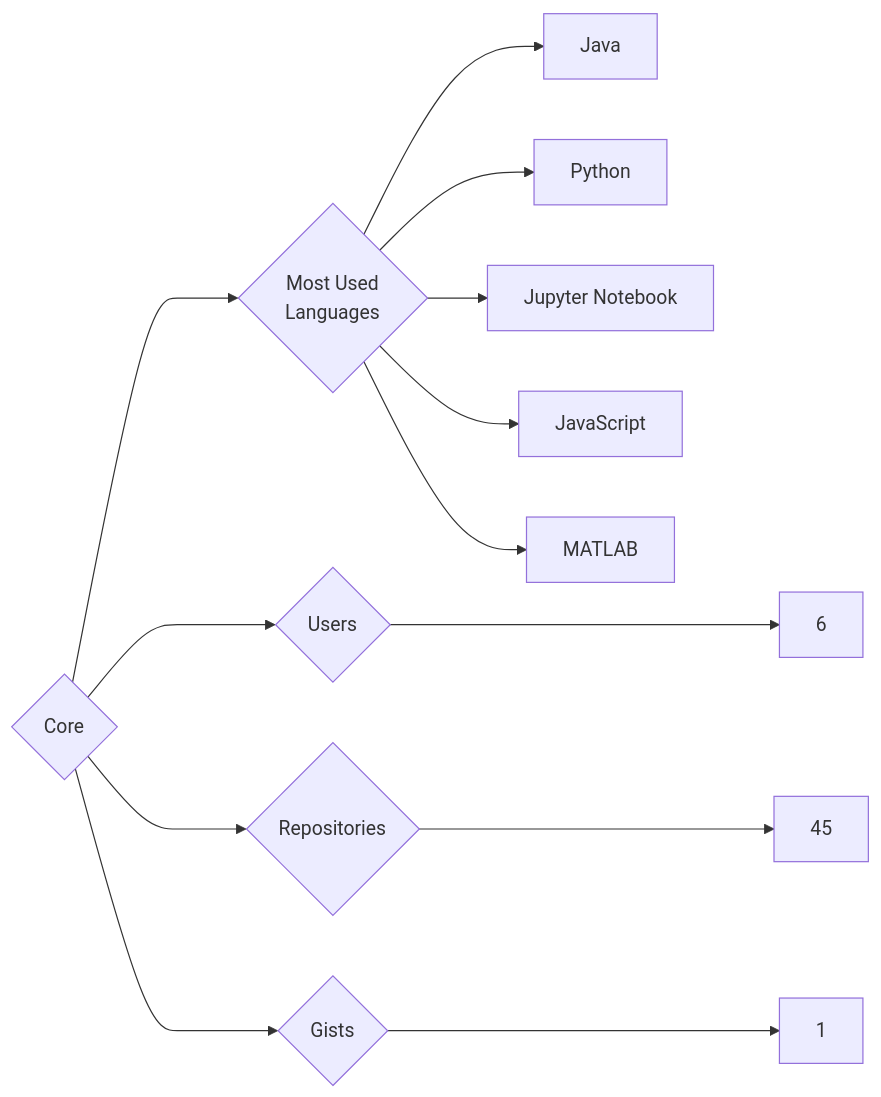
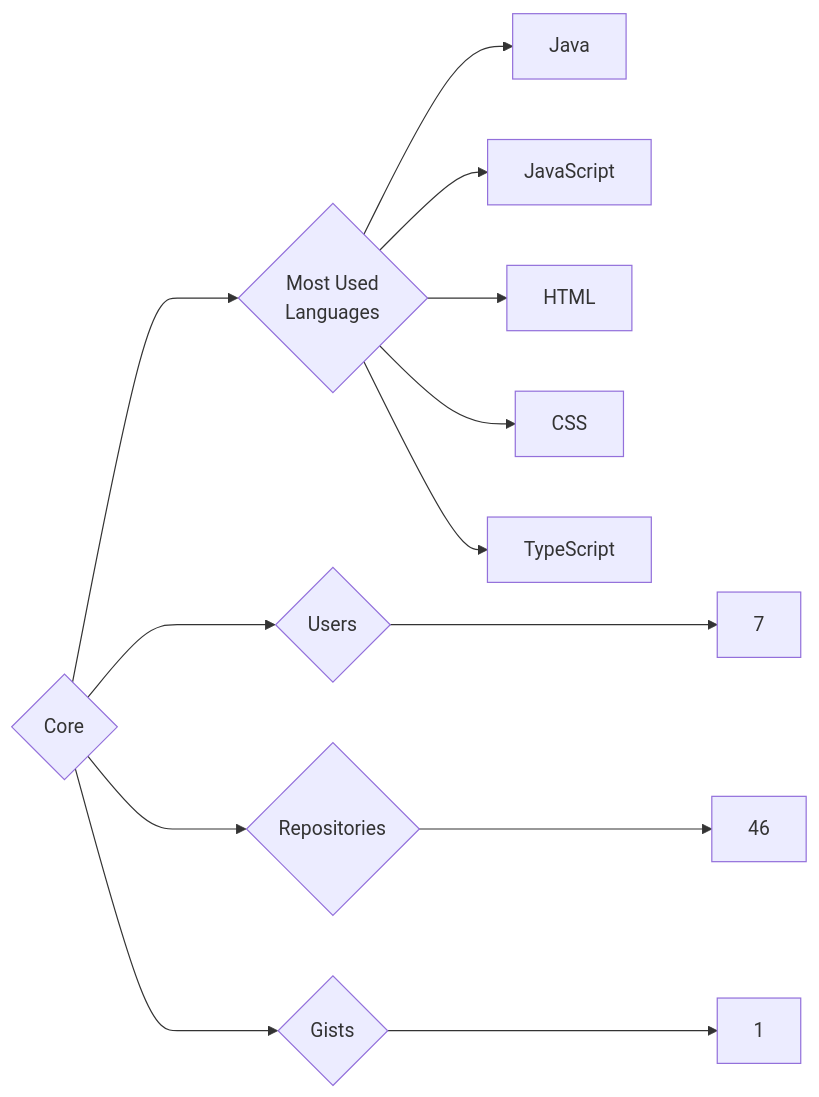
One commit to trickest/insiders changed the diagram in targets/Core/README.md. Above: the diagram before and after it, drawn with Mermaid. The commit also changed 1175 other files, not shown here.

````diff
--- a/targets/Core/README.md
+++ b/targets/Core/README.md
@@ -3,13 +3,13 @@
 ```mermaid
 graph LR
 COMPANY_NAME{Core}
-COMPANY_NAME ---> U{Users} ---> UN[6]
-COMPANY_NAME ---> R{Repositories} ---> RN[45]
+COMPANY_NAME ---> U{Users} ---> UN[7]
+COMPANY_NAME ---> R{Repositories} ---> RN[46]
 COMPANY_NAME ---> G{Gists} ---> GN[1]
 COMPANY_NAME ---> ML{Most Used<br>Languages}
 ML --> Java[Java]
-ML --> Python[Python]
-ML --> Jupyter_Notebook[Jupyter Notebook]
 ML --> JavaScript[JavaScript]
-ML --> MATLAB[MATLAB]
+ML --> HTML[HTML]
+ML --> CSS[CSS]
+ML --> TypeScript[TypeScript]
 ```
````
